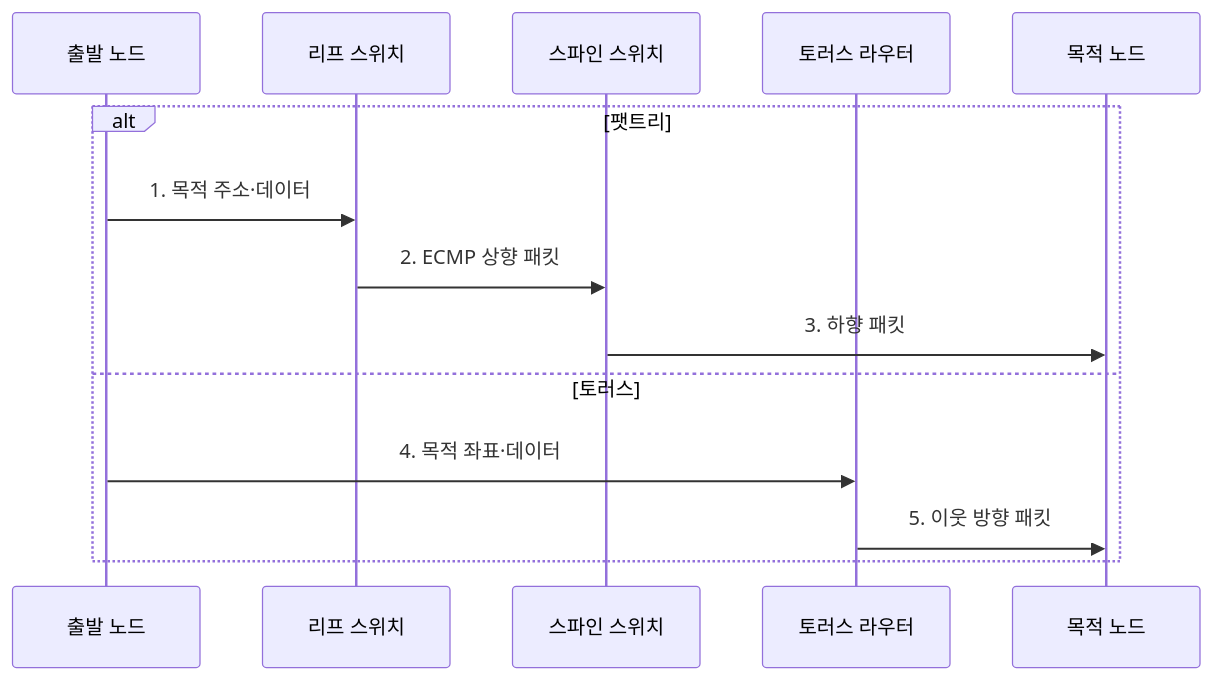
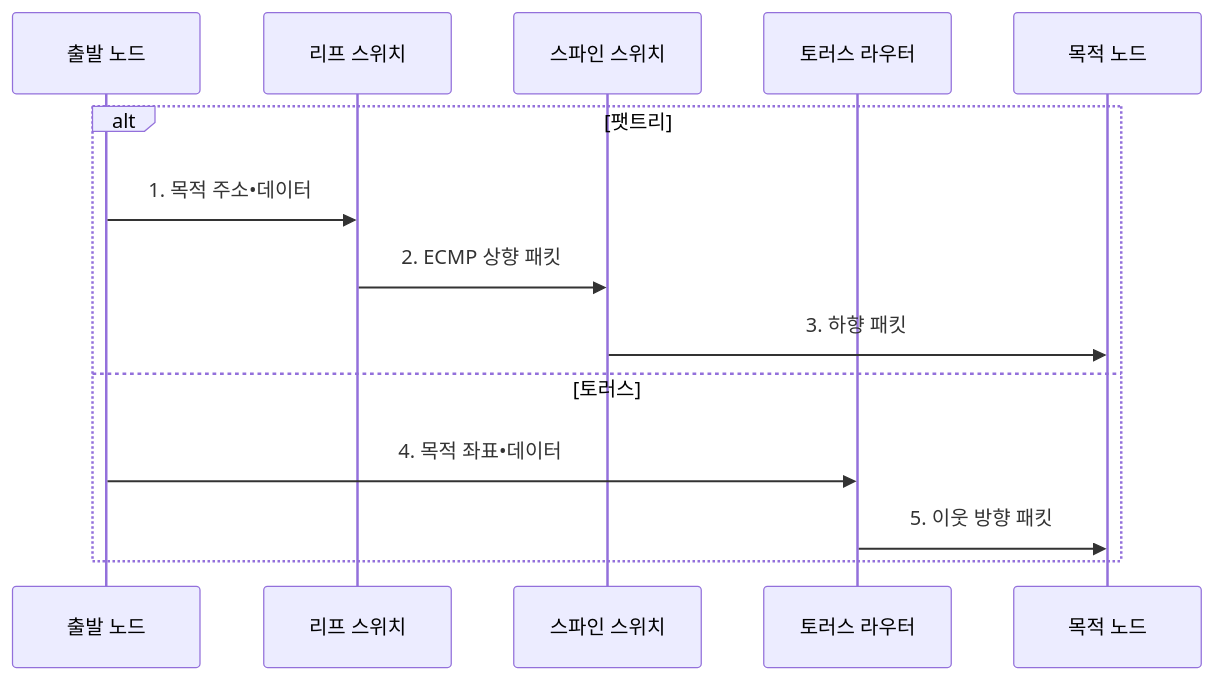
One commit to agnusdei1207/knowledge-base changed the second of 2 diagrams in src/content/docs/notes/02-hardware/094_interconnect_topology_fat_tree_torus.md. Above: the diagram before and after it, drawn with Mermaid. The commit also changed other lines of this file and 953 other files, not shown here.

````diff
--- a/src/content/docs/notes/02-hardware/094_interconnect_topology_fat_tree_torus.md
+++ b/src/content/docs/notes/02-hardware/094_interconnect_topology_fat_tree_torus.md
@@ -100,16 +100,16 @@
 ```mermaid
 sequenceDiagram
     participant S as 출발 노드
     participant L as 리프 스위치
     participant P as 스파인 스위치
     participant R as 토러스 라우터
     participant D as 목적 노드
     alt 팻트리
-        S->>L: 1. 목적 주소·데이터
+        S->>L: 1. 목적 주소•데이터
         L->>P: 2. ECMP 상향 패킷
         P->>D: 3. 하향 패킷
     else 토러스
-        S->>R: 4. 목적 좌표·데이터
+        S->>R: 4. 목적 좌표•데이터
         R->>D: 5. 이웃 방향 패킷
     end
 ```
````
